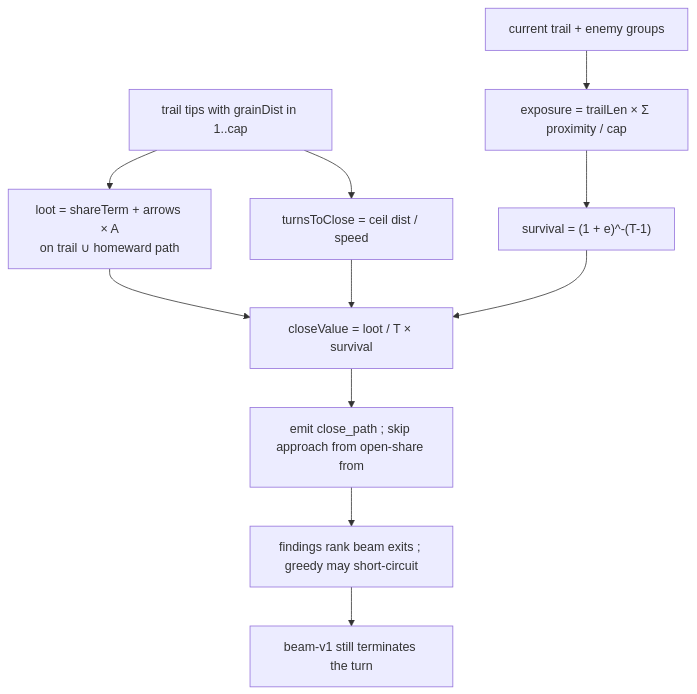
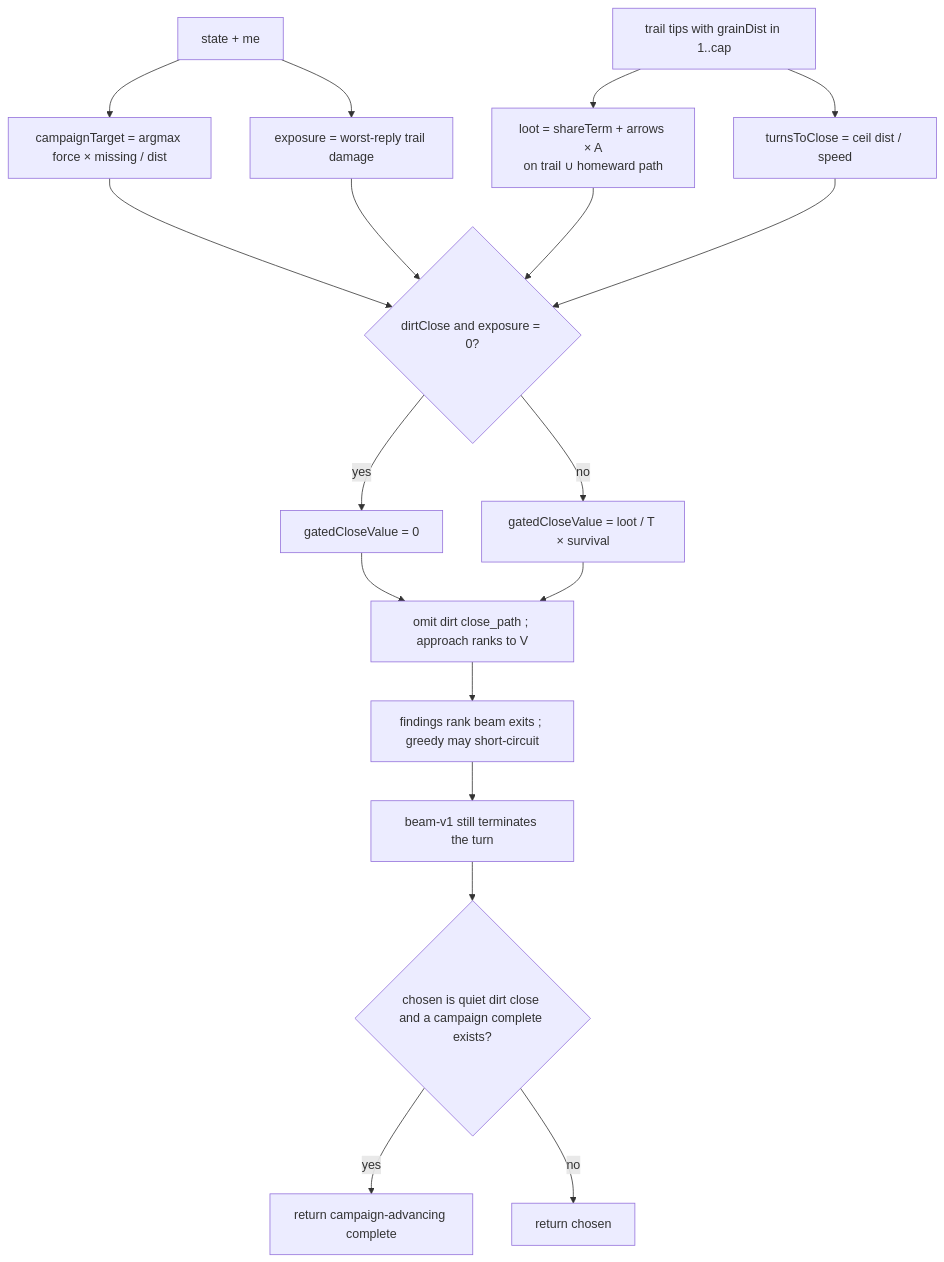
One commit to hochgi/conquarrow changed the diagram in docs/spec/close-and-spawner-value/close-and-spawner-value.md. Above: the diagram before and after it, drawn with Mermaid. The commit also changed other lines of this file and 14 other files, not shown here.

First line of the commit message:
🤖: stop beam-v1 closing empty dirt; aim the leave at a campaign vertex

````diff
--- a/docs/spec/close-and-spawner-value/close-and-spawner-value.md
+++ b/docs/spec/close-and-spawner-value/close-and-spawner-value.md
@@ -246,13 +426,20 @@
 ```mermaid
 flowchart TD
+  State["state + me"] --> Camp["campaignTarget = argmax force × missing / dist"]
   Tips["trail tips with grainDist in 1..cap"] --> Loot["loot = shareTerm + arrows × A<br/>on trail ∪ homeward path"]
   Tips --> T["turnsToClose = ceil dist / speed"]
-  State["current trail + enemy groups"] --> Exp["exposure = trailLen × Σ proximity / cap"]
-  Exp --> Surv["survival = (1 + e)^-(T-1)"]
-  Loot --> Val["closeValue = loot / T × survival"]
-  T --> Val
-  Surv --> Val
-  Val --> Find["emit close_path #59; skip approach from open-share from"]
+  State --> Exp["exposure = worst-reply trail damage"]
+  Camp --> Dirt{"dirtClose and exposure = 0?"}
+  Loot --> Dirt
+  T --> Dirt
+  Exp --> Dirt
+  Dirt -->|yes| Zero["gatedCloseValue = 0"]
+  Dirt -->|no| Val["gatedCloseValue = loot / T × survival"]
+  Zero --> Find["omit dirt close_path #59; approach ranks to V"]
+  Val --> Find
   Find --> Rank["findings rank beam exits #59; greedy may short-circuit"]
   Rank --> Beam["beam-v1 still terminates the turn"]
+  Beam --> Swap{"chosen is quiet dirt close and a campaign complete exists?"}
+  Swap -->|yes| Walk["return campaign-advancing complete"]
+  Swap -->|no| Out["return chosen"]
 ```
````
